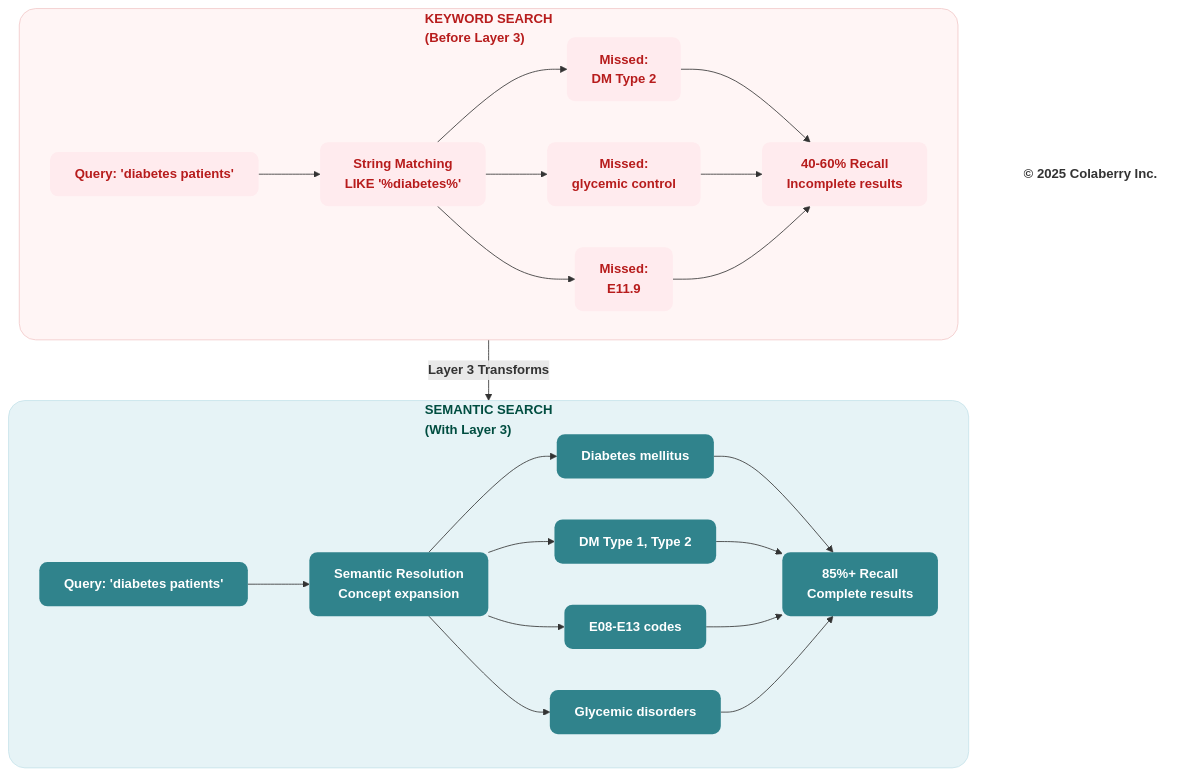
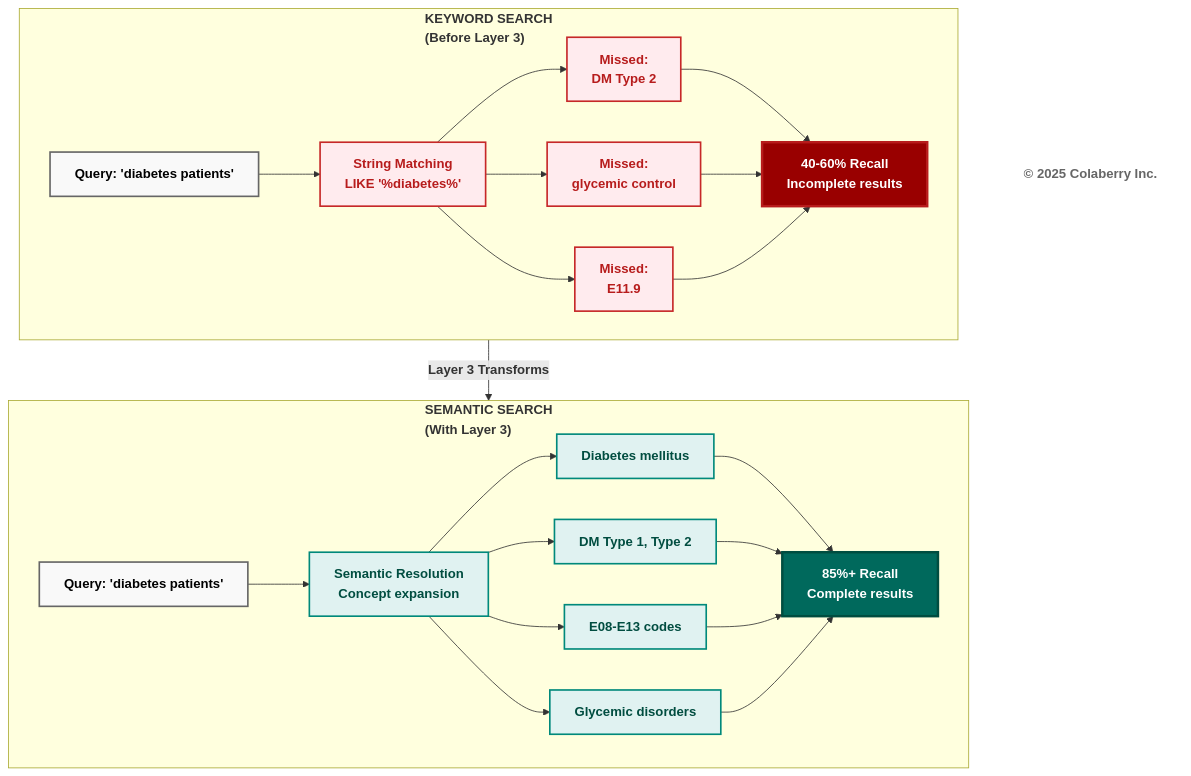
One commit to saitejesh-cyber/trust-before-intelligence-book changed the sixth of 13 diagrams in manuscript/06_chapter_5_intelligence_layers.md. Above: the diagram before and after it, drawn with Mermaid. The commit also changed other lines of this file and 12 other files, not shown here.

Commit message:
Restore legacy Mermaid styles for Option 1

````diff
--- a/manuscript/06_chapter_5_intelligence_layers.md
+++ b/manuscript/06_chapter_5_intelligence_layers.md
@@ -435,48 +429,46 @@
 ```mermaid
 graph TB
     subgraph KEYWORD["<b>KEYWORD SEARCH<br/> (Before Layer 3)</b>"]
         direction LR
         K_Q["<b>Query: 'diabetes patients'</b>"] --> K_MATCH["<b>String Matching</b><br/><b>LIKE '%diabetes%'</b>"]
         K_MATCH --> K_MISS1["<b>Missed:<br/> DM Type 2</b>"]
         K_MATCH --> K_MISS2["<b>Missed:<br/> glycemic control</b>"]
         K_MATCH --> K_MISS3["<b>Missed:<br/> E11.9</b>"]
         K_MISS1 --> K_RESULT["<b>40-60% Recall</b><br/><b>Incomplete results</b>"]
         K_MISS2 --> K_RESULT
         K_MISS3 --> K_RESULT
     end
     
     KEYWORD -->|<b>Layer 3 Transforms</b>| SEMANTIC
     
     subgraph SEMANTIC["<b>SEMANTIC SEARCH<br/>(With Layer 3)</b>"]
         direction LR
         S_Q["<b>Query: 'diabetes patients'</b>"] --> S_RESOLVE["<b>Semantic Resolution</b><br/><b>Concept expansion</b>"]
         S_RESOLVE --> S_HIT1["<b>Diabetes mellitus</b>"]
         S_RESOLVE --> S_HIT2["<b>DM Type 1, Type 2</b>"]
         S_RESOLVE --> S_HIT3["<b>E08-E13 codes</b>"]
         S_RESOLVE --> S_HIT4["<b>Glycemic disorders</b>"]
         S_HIT1 --> S_RESULT["<b>85%+ Recall</b><br/><b>Complete results</b>"]
         S_HIT2 --> S_RESULT
         S_HIT3 --> S_RESULT
         S_HIT4 --> S_RESULT
     end
     
     Copyright["<b>© 2025 Colaberry Inc.</b>"]
     
-    style K_Q fill:#ffebee,stroke:none,color:#b71c1c,rx:10,ry:10
-    style K_MATCH fill:#ffebee,stroke:none,color:#b71c1c,rx:10,ry:10
-    style K_MISS1 fill:#ffebee,stroke:none,color:#b71c1c,rx:10,ry:10
-    style K_MISS2 fill:#ffebee,stroke:none,color:#b71c1c,rx:10,ry:10
-    style K_MISS3 fill:#ffebee,stroke:none,color:#b71c1c,rx:10,ry:10
-    style K_RESULT fill:#ffebee,stroke:none,color:#b71c1c,rx:10,ry:10
+    style K_Q fill:#f9f9f9,stroke:#666666,stroke-width:2px,color:#000000
+    style K_MATCH fill:#ffebee,stroke:#c62828,stroke-width:2px,color:#b71c1c
+    style K_MISS1 fill:#ffebee,stroke:#c62828,stroke-width:2px,color:#b71c1c
+    style K_MISS2 fill:#ffebee,stroke:#c62828,stroke-width:2px,color:#b71c1c
+    style K_MISS3 fill:#ffebee,stroke:#c62828,stroke-width:2px,color:#b71c1c
+    style K_RESULT fill:#990000,color:#ffffff,stroke:#b71c1c,stroke-width:3px
     
-    style S_Q fill:#30838C,stroke:none,color:#ffffff,rx:10,ry:10
-    style S_RESOLVE fill:#30838C,stroke:none,color:#ffffff,rx:10,ry:10
-    style S_HIT1 fill:#30838C,stroke:none,color:#ffffff,rx:10,ry:10
-    style S_HIT2 fill:#30838C,stroke:none,color:#ffffff,rx:10,ry:10
-    style S_HIT3 fill:#30838C,stroke:none,color:#ffffff,rx:10,ry:10
-    style S_HIT4 fill:#30838C,stroke:none,color:#ffffff,rx:10,ry:10
-    style S_RESULT fill:#30838C,stroke:none,color:#ffffff,rx:10,ry:10
-    style Copyright fill:none,stroke:none,color:#333333
-    style KEYWORD fill:#fff5f5,stroke:#f2caca,stroke-width:1px,color:#b71c1c,rx:20,ry:20
-    style SEMANTIC fill:#e6f3f6,stroke:#c7e3ea,stroke-width:1px,color:#004d40,rx:20,ry:20
+    style S_Q fill:#f9f9f9,stroke:#666666,stroke-width:2px,color:#000000
+    style S_RESOLVE fill:#e0f2f1,stroke:#00897b,stroke-width:2px,color:#004d40
+    style S_HIT1 fill:#e0f2f1,stroke:#00897b,stroke-width:2px,color:#004d40
+    style S_HIT2 fill:#e0f2f1,stroke:#00897b,stroke-width:2px,color:#004d40
+    style S_HIT3 fill:#e0f2f1,stroke:#00897b,stroke-width:2px,color:#004d40
+    style S_HIT4 fill:#e0f2f1,stroke:#00897b,stroke-width:2px,color:#004d40
+    style S_RESULT fill:#00695c,color:#ffffff,stroke:#004d40,stroke-width:3px
+    style Copyright fill:#ffffff,stroke:none,color:#666666
 ```
````
